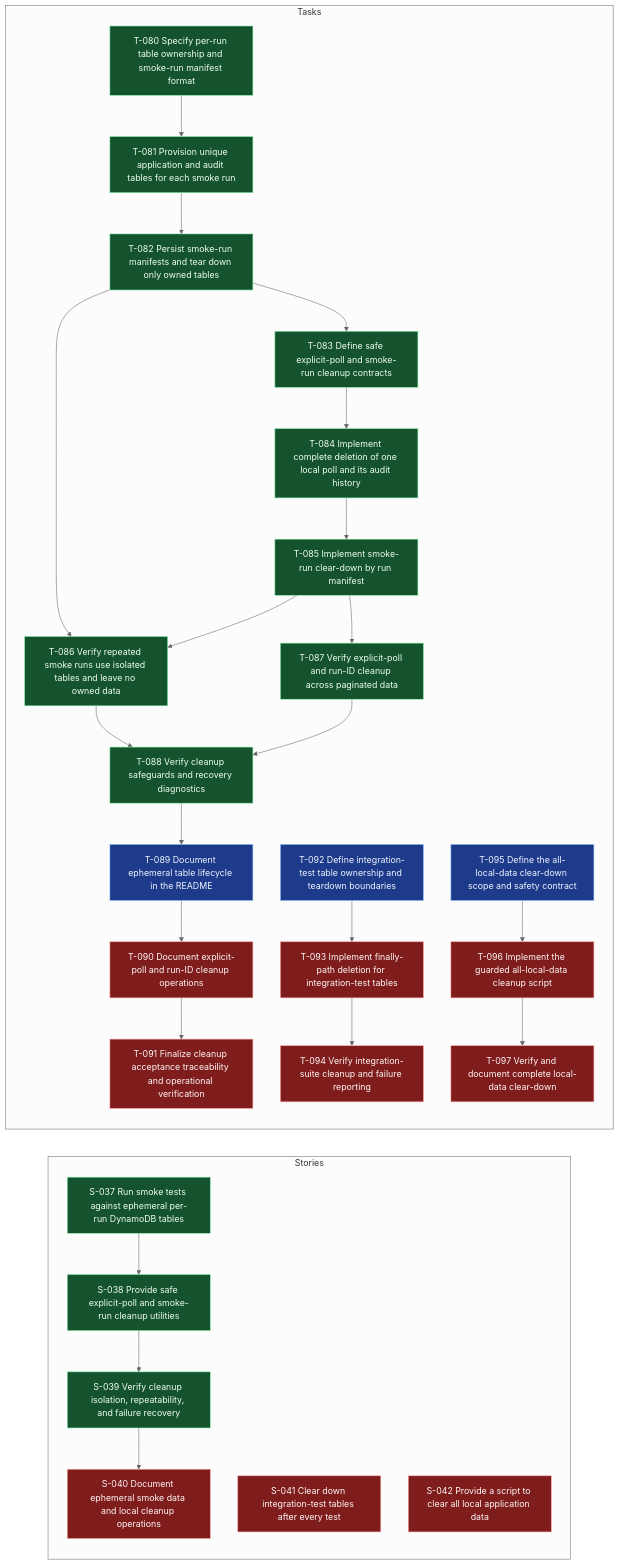
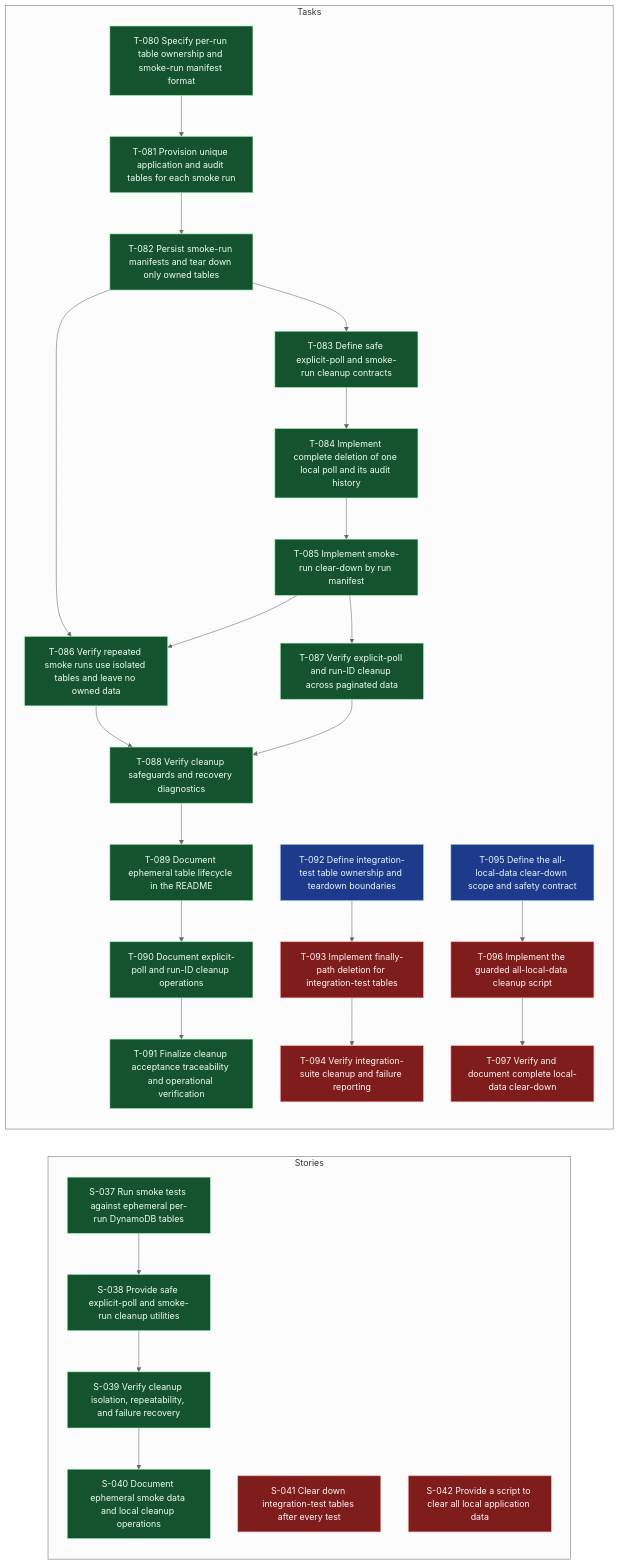
The diagram in .worktracker/graphs/E-011.mmd (andybalham/invite-agent), drawn with Mermaid (neutral theme) before and after one commit. The commit also changed 11 other files, not shown here.

Commit message:
feat(docs): update local cleanup operations documentation and finalize cleanup traceability

```diff
--- a/.worktracker/graphs/E-011.mmd
+++ b/.worktracker/graphs/E-011.mmd
@@ -1,78 +1,78 @@
 graph LR
   classDef done fill:#14532d,stroke:#86efac,color:#f0fdf4;
   classDef blocked fill:#7f1d1d,stroke:#fca5a5,color:#fff7f7;
   classDef inprogress fill:#78350f,stroke:#fbbf24,color:#fffbeb;
   classDef todo fill:#1e3a8a,stroke:#93c5fd,color:#eff6ff;
   classDef empty fill:#374151,stroke:#d1d5db,color:#f9fafb,stroke-dasharray: 3 3;
   subgraph Stories
     S037["S-037 Run smoke tests against ephemeral per-run DynamoDB tables"]:::done
     S038["S-038 Provide safe explicit-poll and smoke-run cleanup utilities"]:::done
     S039["S-039 Verify cleanup isolation, repeatability, and failure recovery"]:::done
-    S040["S-040 Document ephemeral smoke data and local cleanup operations"]:::blocked
+    S040["S-040 Document ephemeral smoke data and local cleanup operations"]:::done
     S041["S-041 Clear down integration-test tables after every test"]:::blocked
     S042["S-042 Provide a script to clear all local application data"]:::blocked
     S037 --> S038
     S038 --> S039
     S039 --> S040
   end
   subgraph Tasks
     T080["T-080 Specify per-run table ownership and smoke-run manifest format"]:::done
     T081["T-081 Provision unique application and audit tables for each smoke run"]:::done
     T082["T-082 Persist smoke-run manifests and tear down only owned tables"]:::done
     T083["T-083 Define safe explicit-poll and smoke-run cleanup contracts"]:::done
     T084["T-084 Implement complete deletion of one local poll and its audit history"]:::done
     T085["T-085 Implement smoke-run clear-down by run manifest"]:::done
     T086["T-086 Verify repeated smoke runs use isolated tables and leave no owned data"]:::done
     T087["T-087 Verify explicit-poll and run-ID cleanup across paginated data"]:::done
     T088["T-088 Verify cleanup safeguards and recovery diagnostics"]:::done
-    T089["T-089 Document ephemeral table lifecycle in the README"]:::todo
-    T090["T-090 Document explicit-poll and run-ID cleanup operations"]:::blocked
-    T091["T-091 Finalize cleanup acceptance traceability and operational verification"]:::blocked
+    T089["T-089 Document ephemeral table lifecycle in the README"]:::done
+    T090["T-090 Document explicit-poll and run-ID cleanup operations"]:::done
+    T091["T-091 Finalize cleanup acceptance traceability and operational verification"]:::done
     T092["T-092 Define integration-test table ownership and teardown boundaries"]:::todo
     T093["T-093 Implement finally-path deletion for integration-test tables"]:::blocked
     T094["T-094 Verify integration-suite cleanup and failure reporting"]:::blocked
     T095["T-095 Define the all-local-data clear-down scope and safety contract"]:::todo
     T096["T-096 Implement the guarded all-local-data cleanup script"]:::blocked
     T097["T-097 Verify and document complete local-data clear-down"]:::blocked
     T080 --> T081
     T081 --> T082
     T082 --> T083
     T082 --> T086
     T083 --> T084
     T084 --> T085
     T085 --> T086
     T085 --> T087
     T086 --> T088
     T087 --> T088
     T088 --> T089
     T089 --> T090
     T090 --> T091
     T092 --> T093
     T093 --> T094
     T095 --> T096
     T096 --> T097
   end
   click S037 "../entities/S-037-run-smoke-tests-against-ephemeral-per-run-dynamodb-tables.md"
   click S038 "../entities/S-038-provide-safe-explicit-poll-and-smoke-run-cleanup-utilities.md"
   click S039 "../entities/S-039-verify-cleanup-isolation-repeatability-and-failure-recovery.md"
   click S040 "../entities/S-040-document-ephemeral-smoke-data-and-local-cleanup-operations.md"
   click S041 "../entities/S-041-clear-down-integration-test-tables-after-every-test.md"
   click S042 "../entities/S-042-provide-a-script-to-clear-all-local-application-data.md"
   click T080 "../entities/T-080-specify-per-run-table-ownership-and-smoke-run-manifest-format.md"
   click T081 "../entities/T-081-provision-unique-application-and-audit-tables-for-each-smoke-run.md"
   click T082 "../entities/T-082-persist-smoke-run-manifests-and-tear-down-only-owned-tables.md"
   click T083 "../entities/T-083-define-safe-explicit-poll-and-smoke-run-cleanup-contracts.md"
   click T084 "../entities/T-084-implement-complete-deletion-of-one-local-poll-and-its-audit-history.md"
   click T085 "../entities/T-085-implement-smoke-run-clear-down-by-run-manifest.md"
   click T086 "../entities/T-086-verify-repeated-smoke-runs-use-isolated-tables-and-leave-no-owned-data.md"
   click T087 "../entities/T-087-verify-explicit-poll-and-run-id-cleanup-across-paginated-data.md"
   click T088 "../entities/T-088-verify-cleanup-safeguards-and-recovery-diagnostics.md"
   click T089 "../entities/T-089-document-ephemeral-table-lifecycle-in-the-readme.md"
   click T090 "../entities/T-090-document-explicit-poll-and-run-id-cleanup-operations.md"
   click T091 "../entities/T-091-finalize-cleanup-acceptance-traceability-and-operational-verification.md"
   click T092 "../entities/T-092-define-integration-test-table-ownership-and-teardown-boundaries.md"
   click T093 "../entities/T-093-implement-finally-path-deletion-for-integration-test-tables.md"
   click T094 "../entities/T-094-verify-integration-suite-cleanup-and-failure-reporting.md"
   click T095 "../entities/T-095-define-the-all-local-data-clear-down-scope-and-safety-contract.md"
   click T096 "../entities/T-096-implement-the-guarded-all-local-data-cleanup-script.md"
   click T097 "../entities/T-097-verify-and-document-complete-local-data-clear-down.md"
```
